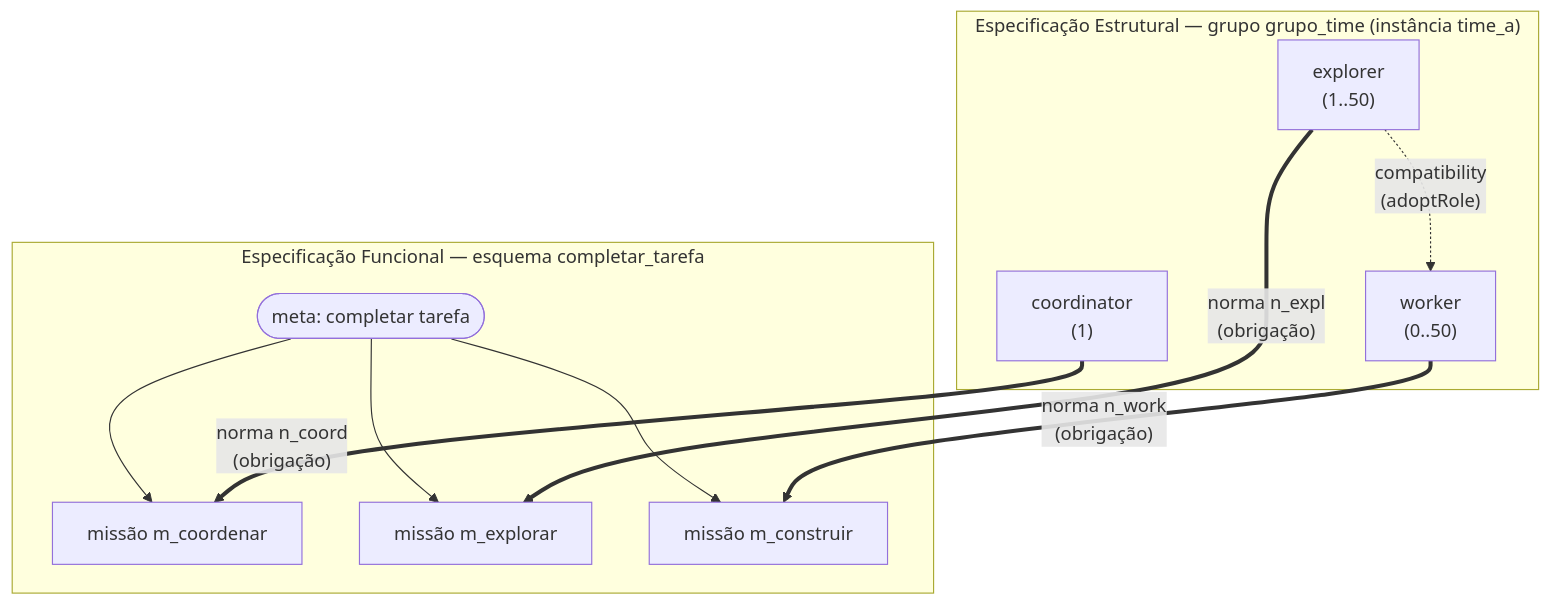
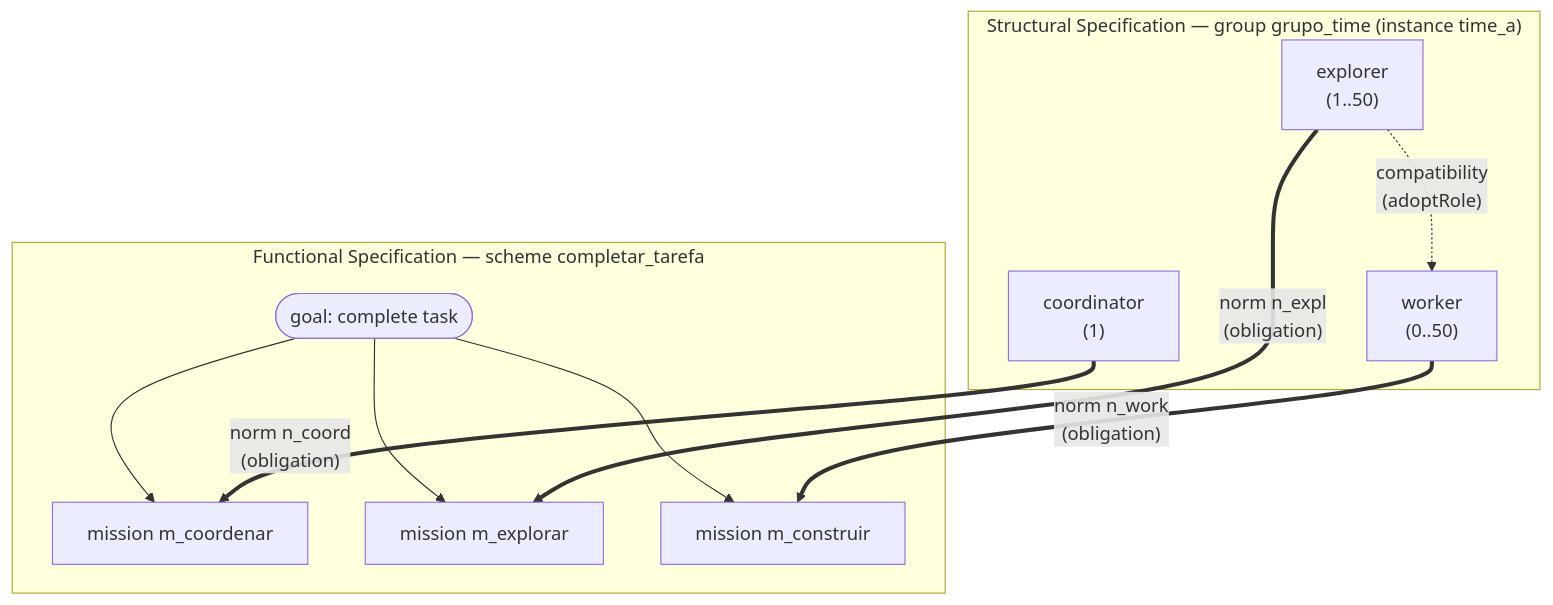
One commit to BritoRon/mapc2022_pcs5703 changed the first of 2 diagrams in README.md. Above: the diagram before and after it, drawn with Mermaid. The commit also changed other lines of this file, not shown here.

Commit message:
README: diagramas em ingles (MOISE+ e arquitetura) + remove ref a CLAUDE.md

````diff
--- a/README.md
+++ b/README.md
@@ -160,21 +160,21 @@
 ```mermaid
 graph TD
-  subgraph EST["Especificação Estrutural — grupo grupo_time (instância time_a)"]
+  subgraph EST["Structural Specification — group grupo_time (instance time_a)"]
     C["coordinator<br/>(1)"]
     E["explorer<br/>(1..50)"]
     W["worker<br/>(0..50)"]
     E -. "compatibility<br/>(adoptRole)" .-> W
   end
-  subgraph FUN["Especificação Funcional — esquema completar_tarefa"]
-    G(["meta: completar tarefa"])
-    MC["missão m_coordenar"]
-    ME["missão m_explorar"]
-    MW["missão m_construir"]
+  subgraph FUN["Functional Specification — scheme completar_tarefa"]
+    G(["goal: complete task"])
+    MC["mission m_coordenar"]
+    ME["mission m_explorar"]
+    MW["mission m_construir"]
     G --> MC
     G --> ME
     G --> MW
   end
-  C == "norma n_coord<br/>(obrigação)" ==> MC
-  E == "norma n_expl<br/>(obrigação)" ==> ME
-  W == "norma n_work<br/>(obrigação)" ==> MW
+  C == "norm n_coord<br/>(obligation)" ==> MC
+  E == "norm n_expl<br/>(obligation)" ==> ME
+  W == "norm n_work<br/>(obligation)" ==> MW
 ```
````
